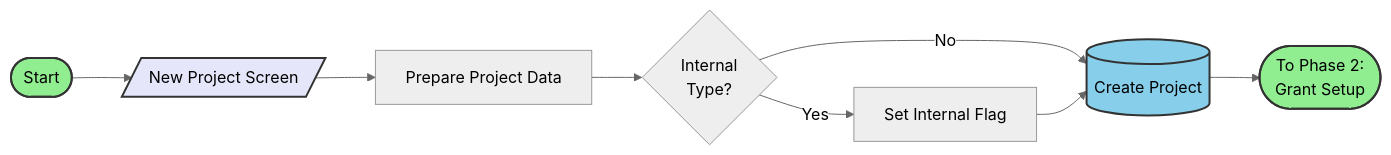
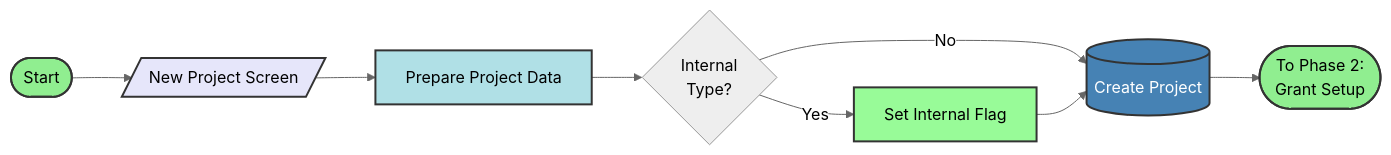
The second of 6 diagrams in README.md (akj/mermaid-sample), drawn with Mermaid (neutral theme) before and after one commit. The commit also changed other lines of this file, not shown here.

````diff
--- a/README.md
+++ b/README.md
@@ -37,19 +39,22 @@
 ```mermaid
 flowchart LR
     Start([Start]) --> NewProjectScreen[/New Project Screen/]
     NewProjectScreen --> PrepareProject[Prepare Project Data]
     PrepareProject --> IsInternal{Internal<br/>Type?}
     IsInternal -->|Yes| SetInternal[Set Internal Flag]
     IsInternal -->|No| CreateProject
     SetInternal --> CreateProject[(Create Project)]
     CreateProject --> Phase2([To Phase 2:<br/>Grant Setup])
 
-    classDef screenStyle fill:#E6E6FA,stroke:#333,stroke-width:2px
-    classDef dbStyle fill:#87CEEB,stroke:#333,stroke-width:2px
-    classDef startEnd fill:#90EE90,stroke:#333,stroke-width:2px
-    classDef transition fill:#FFE4B5,stroke:#333,stroke-width:2px
+    classDef screenStyle fill:#E6E6FA,stroke:#333,stroke-width:2px,color:#000
+    classDef dbStyle fill:#4682B4,stroke:#333,stroke-width:2px,color:#FFF
+    classDef startEnd fill:#90EE90,stroke:#333,stroke-width:2px,color:#000
+    classDef prepareStyle fill:#B0E0E6,stroke:#333,stroke-width:2px,color:#000
+    classDef setStyle fill:#98FB98,stroke:#333,stroke-width:2px,color:#000
 
     class NewProjectScreen screenStyle
     class CreateProject dbStyle
     class Start,Phase2 startEnd
+    class PrepareProject prepareStyle
+    class SetInternal setStyle
 ```
````
